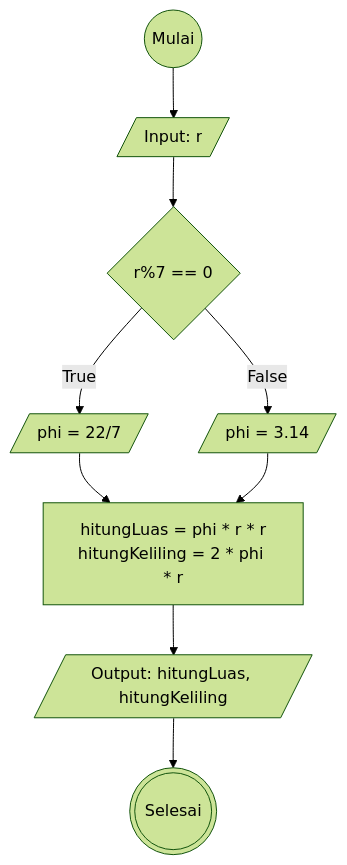
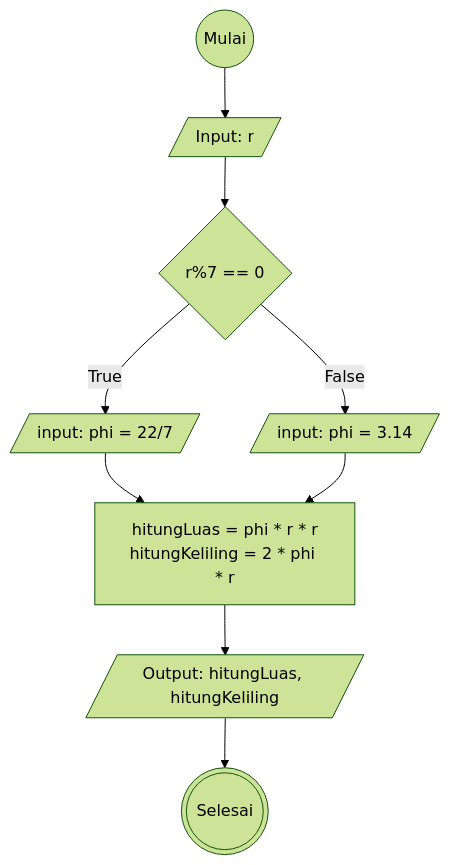
The diagram in flowchart-luas-keliling-lingkaran.md (mslthn/koda-b6-algoritma), drawn with Mermaid (forest theme) before and after one commit.

````diff
--- a/flowchart-luas-keliling-lingkaran.md
+++ b/flowchart-luas-keliling-lingkaran.md
@@ -1,17 +1,17 @@
 ```mermaid
 flowchart TD
     mulai@{ shape: circ, label: "Mulai"}
     input@{ shape: lean-r, label: "Input: r"}
     if@{shape: diamond, label: "r%7 == 0"}
-    inP7@{ shape: lean-r, label: "phi = 22/7"}
-    inP3@{ shape: lean-r, label: "phi = 3.14"}
+    inP7@{ shape: lean-r, label: "input: phi = 22/7"}
+    inP3@{ shape: lean-r, label: "input: phi = 3.14"}
     pros@{ shape: rect, label: "hitungLuas = phi * r * r
     hitungKeliling = 2 * phi * r"}
     out@{ shape: lean-r, label: "Output: hitungLuas, hitungKeliling"}
     selesai@{ shape: dbl-circ, label: "Selesai"}
     
 mulai-->input-->if
 if-->|True| inP7-->pros
 if-->|False| inP3-->pros
 pros-->out-->selesai
 ```
````
